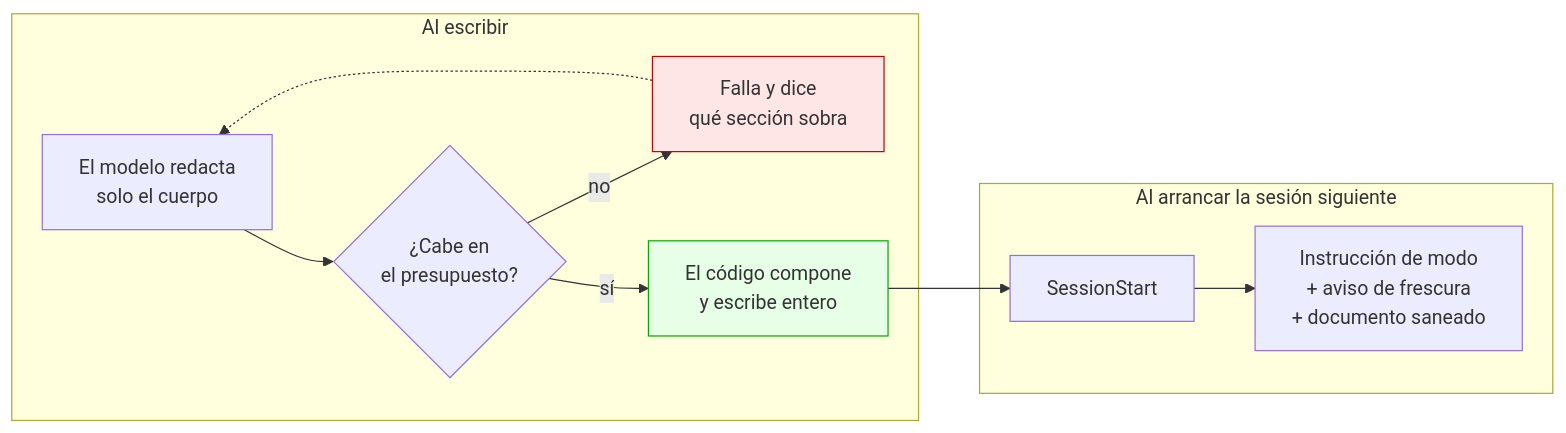
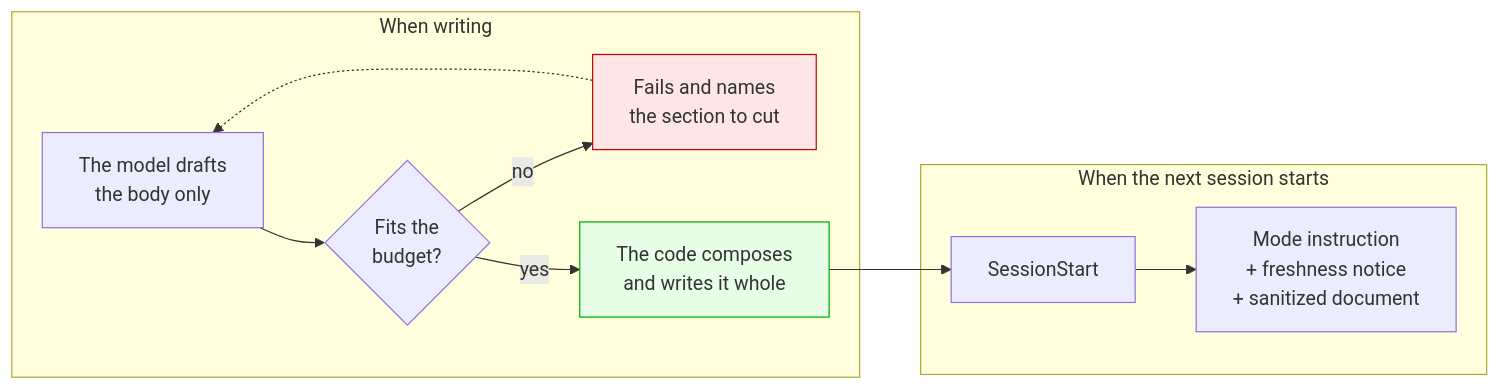
One commit to mrshelll/baton changed the third of 6 diagrams in README.md. Above: the diagram before and after it, drawn with Mermaid. The commit also changed other lines of this file and 50 other files, not shown here.

````diff
--- a/README.md
+++ b/README.md
@@ -46,15 +48,15 @@
 ```mermaid
 flowchart LR
-    subgraph esc["Al escribir"]
-        M["El modelo redacta<br/>solo el cuerpo"] --> V{"¿Cabe en<br/>el presupuesto?"}
-        V -- "no" --> R["Falla y dice<br/>qué sección sobra"]
+    subgraph w["When writing"]
+        M["The model drafts<br/>the body only"] --> V{"Fits the<br/>budget?"}
+        V -- "no" --> R["Fails and names<br/>the section to cut"]
         R -.-> M
-        V -- "sí" --> C["El código compone<br/>y escribe entero"]
+        V -- "yes" --> C["The code composes<br/>and writes it whole"]
     end
-    subgraph iny["Al arrancar la sesión siguiente"]
+    subgraph i["When the next session starts"]
         C --> S["SessionStart"]
-        S --> I["Instrucción de modo<br/>+ aviso de frescura<br/>+ documento saneado"]
+        S --> I["Mode instruction<br/>+ freshness notice<br/>+ sanitized document"]
     end
     style R fill:#ffe6e6,stroke:#c00
     style C fill:#e6ffe6,stroke:#0a0
 ```
````
